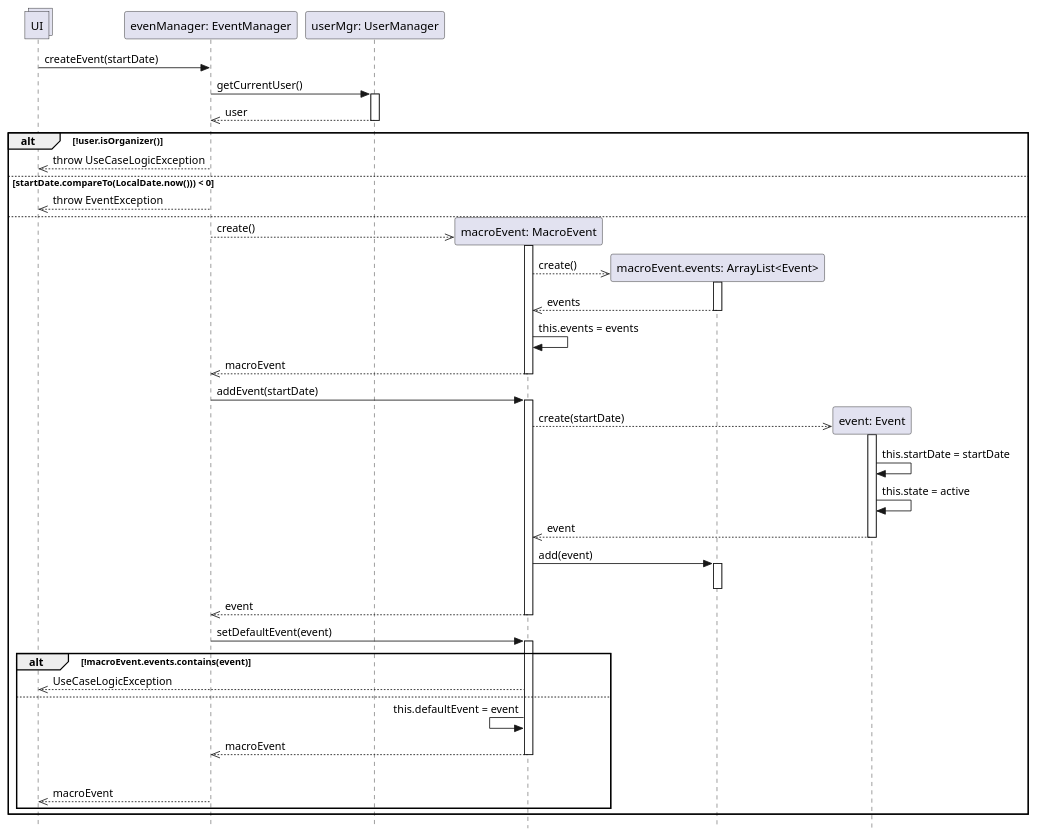
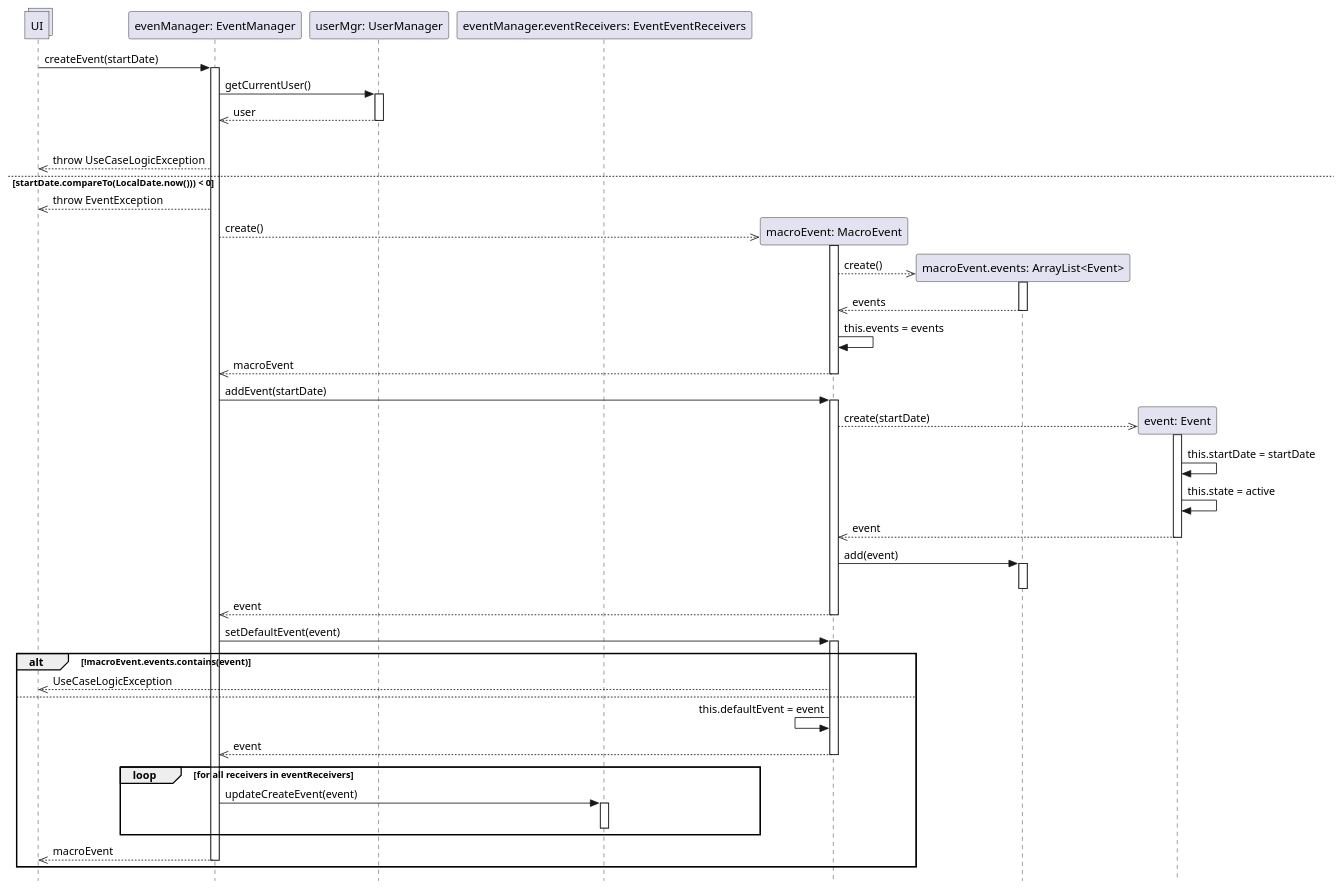
One commit to stefa168/sas-project changed the diagram in UP/Progettazione/UC Gestire Eventi/DSD/DSD Operazione 1.puml. Above: the diagram before and after it, drawn with PlantUML. The commit also changed 3 other files, not shown here.

```diff
--- a/UP/Progettazione/UC Gestire Eventi/DSD/DSD Operazione 1.puml
+++ b/UP/Progettazione/UC Gestire Eventi/DSD/DSD Operazione 1.puml
@@ -1,63 +1,67 @@
 @startuml
 skinparam Style strictuml
 
 collections UI
 participant "evenManager: EventManager" as em
 participant "userMgr: UserManager" as um
+participant "eventManager.eventReceivers: EventEventReceivers" as eer
 
 UI -> em: createEvent(startDate)
-
+activate em
 em -> um: getCurrentUser()
 activate um
 em <<-- um: user
 deactivate um
 
 alt !user.isOrganizer()
     UI <<-- em: throw UseCaseLogicException
 else startDate.compareTo(LocalDate.now())) < 0
     UI <<-- em: throw EventException
 else
     participant "macroEvent: MacroEvent" as maev
     em -->> maev **: create()
     activate maev
     participant "macroEvent.events: ArrayList<Event>" as events
     maev-->> events**:create()
     activate events
     maev <<-- events: events
     deactivate events
     maev -> maev: this.events = events
     em <<-- maev: macroEvent
     deactivate maev
 
     em -> maev: addEvent(startDate)
     activate maev
     participant "event: Event" as ev
     maev -->> ev **: create(startDate)
     activate ev
     ev->ev: this.startDate = startDate
     ev -> ev: this.state = active
     maev <<-- ev: event
     deactivate ev
     maev -> events: add(event)
     activate events
     deactivate events
     em <<-- maev: event
     deactivate maev
 
 
     em -> maev : setDefaultEvent(event)
     activate maev
     alt !macroEvent.events.contains(event)
     UI <<-- maev: UseCaseLogicException
     else
     maev <- maev: this.defaultEvent = event
-    em <<-- maev: macroEvent
+    em <<-- maev: event
     deactivate maev
-    |||
+    loop for all receivers in eventReceivers
+            em -> eer: updateCreateEvent(event)
+            activate eer
+            deactivate eer
+    end
 
     UI <<-- em: macroEvent
-    end
-
+    deactivate em
 end
 
 @enduml
```
